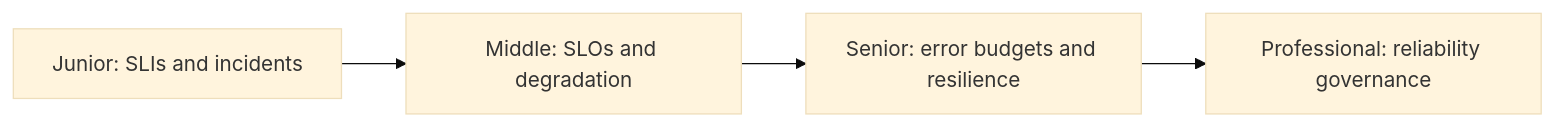
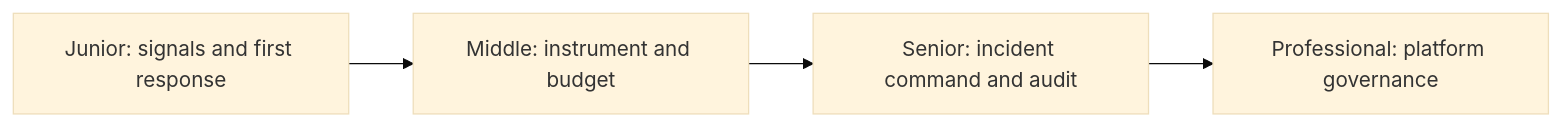
One commit to flynn3103/engineer-knowledge changed the first of 2 diagrams in craftsmanship/on-production/sre-reliability/README.md. Above: the diagram before and after it, drawn with Mermaid (base theme). The commit also changed other lines of this file and 40 other files, not shown here.

````diff
--- a/craftsmanship/on-production/sre-reliability/README.md
+++ b/craftsmanship/on-production/sre-reliability/README.md
@@ -5,4 +5,5 @@
 ```mermaid
 flowchart LR
-    J[Junior: SLIs and incidents] --> M[Middle: SLOs and degradation] --> S[Senior: error budgets and resilience] --> P[Professional: reliability governance]
+    J[Junior: signals and first response] --> M[Middle: instrument and budget]
+    M --> S[Senior: incident command and audit] --> P[Professional: platform governance]
 ```
````
